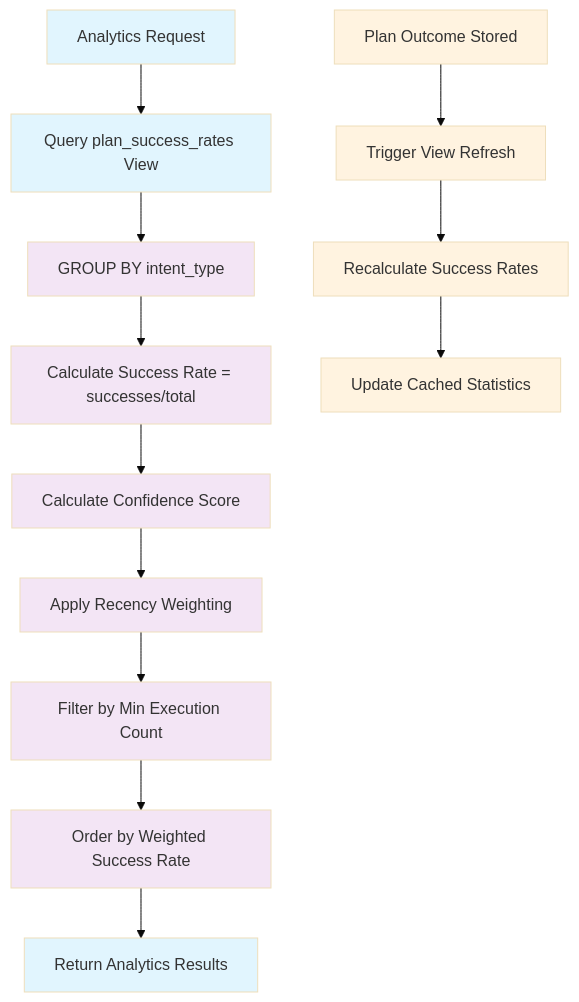
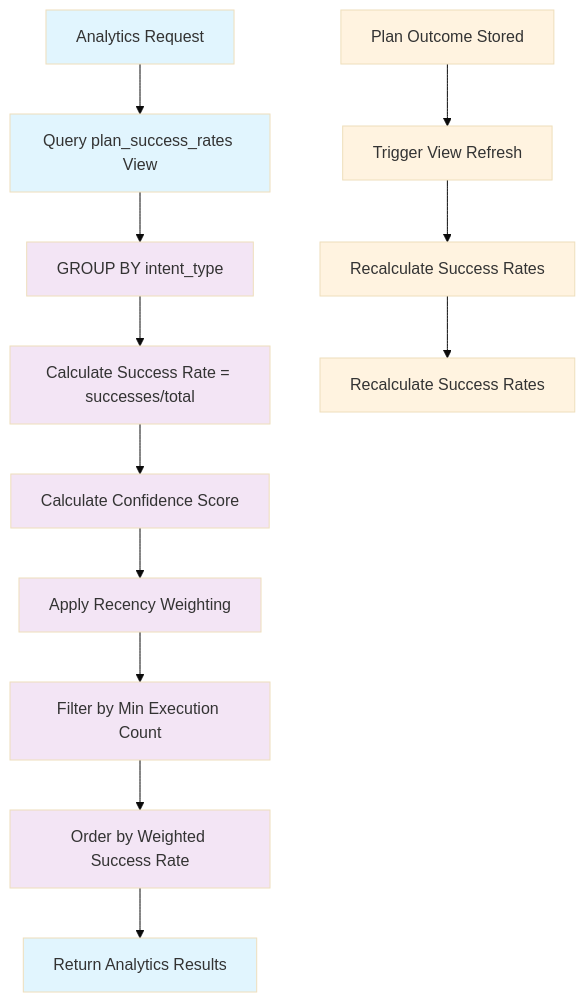
One commit to AnantshreeChandola/Aexor changed the sixth of 8 diagrams in components/PlanLibrary/diagrams/flow.md. Above: the diagram before and after it, drawn with Mermaid (base theme). The commit also changed other lines of this file and 38 other files, not shown here.

````diff
--- a/components/PlanLibrary/diagrams/flow.md
+++ b/components/PlanLibrary/diagrams/flow.md
@@ -185,25 +169,24 @@
 ```mermaid
 graph TD
     A[Analytics Request] --> B[Query plan_success_rates View]
     B --> C[GROUP BY intent_type]
     C --> D[Calculate Success Rate = successes/total]
     D --> E[Calculate Confidence Score]
     E --> F[Apply Recency Weighting]
     F --> G[Filter by Min Execution Count]
     G --> H[Order by Weighted Success Rate]
     H --> I[Return Analytics Results]
     
     %% Background view refresh
     J[Plan Outcome Stored] --> K[Trigger View Refresh]
     K --> L[Recalculate Success Rates]
-    L --> M[Update Cached Statistics]
+    L --> M[Recalculate Success Rates]
     
     %% Styling
     classDef query fill:#e1f5fe
     classDef calc fill:#f3e5f5
     classDef update fill:#fff3e0
-    
     class A,B,I query
     class C,D,E,F,G,H calc
     class J,K,L,M update
 ```
````
